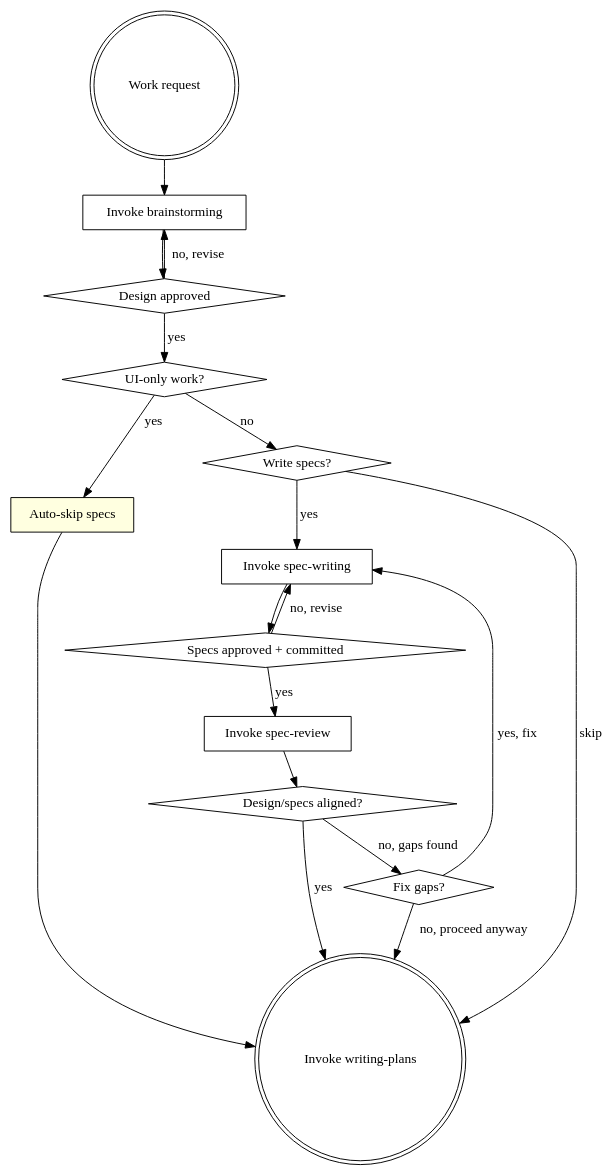
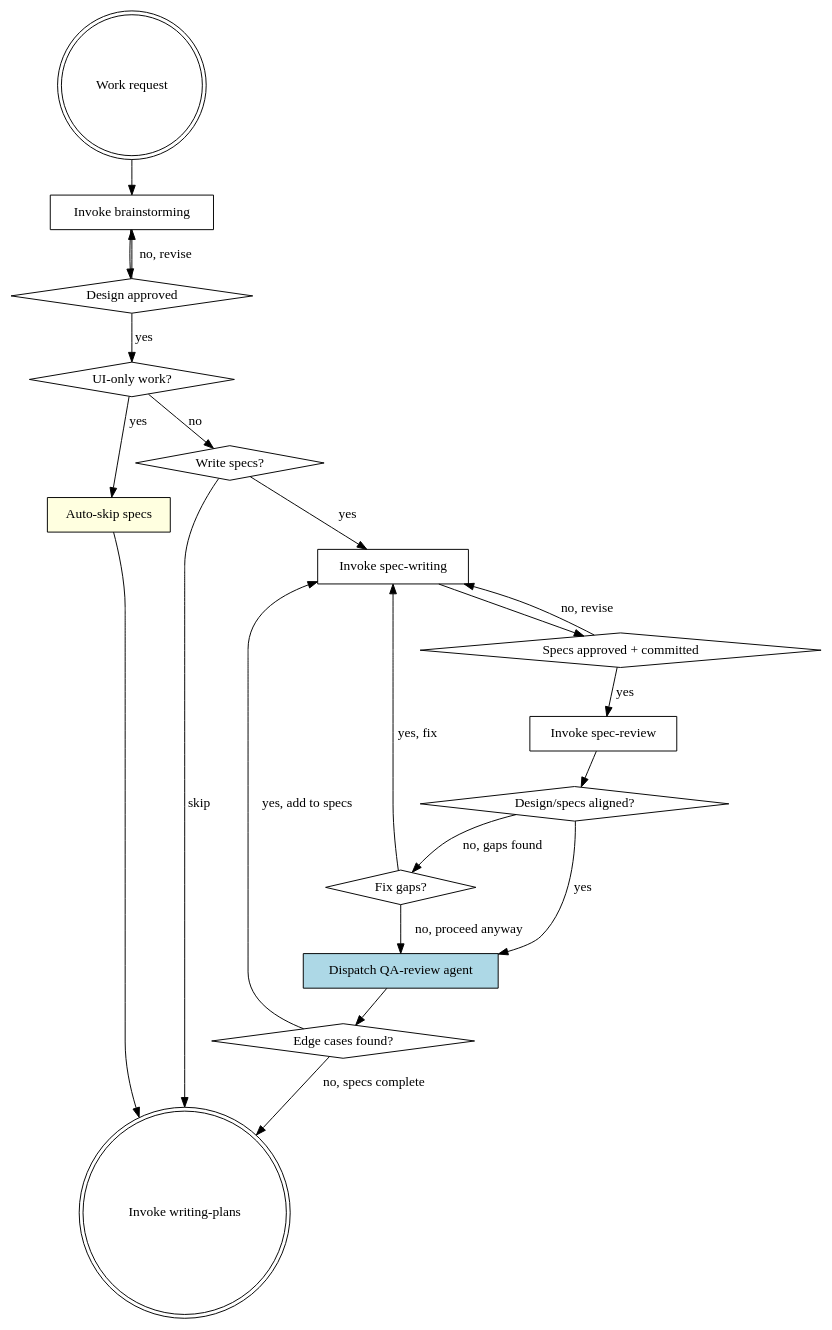
The diagram in skills/design-pipeline/SKILL.md (pandaworks-software-plt/pandahrms-skills), drawn with Graphviz before and after one commit. The commit also changed other lines of this file and 1 other file, not shown here.

First line of the commit message:
feat(design-pipeline): add QA-review sub-agent after spec-review

````diff
--- a/skills/design-pipeline/SKILL.md
+++ b/skills/design-pipeline/SKILL.md
@@ -24,34 +24,39 @@
 ```dot
 digraph pipeline {
     "Work request" [shape=doublecircle];
     "Invoke brainstorming" [shape=box];
     "Design approved" [shape=diamond];
     "UI-only work?" [shape=diamond];
     "Auto-skip specs" [shape=box, style=filled, fillcolor=lightyellow];
     "Write specs?" [shape=diamond];
     "Invoke spec-writing" [shape=box];
     "Specs approved + committed" [shape=diamond];
     "Invoke spec-review" [shape=box];
     "Design/specs aligned?" [shape=diamond];
+    "Dispatch QA-review agent" [shape=box, style=filled, fillcolor=lightblue];
+    "Edge cases found?" [shape=diamond];
     "Invoke writing-plans" [shape=doublecircle];
 
     "Work request" -> "Invoke brainstorming";
     "Invoke brainstorming" -> "Design approved";
     "Design approved" -> "Invoke brainstorming" [label="no, revise"];
     "Design approved" -> "UI-only work?" [label="yes"];
     "UI-only work?" -> "Auto-skip specs" [label="yes"];
     "Auto-skip specs" -> "Invoke writing-plans";
     "UI-only work?" -> "Write specs?" [label="no"];
     "Write specs?" -> "Invoke spec-writing" [label="yes"];
     "Write specs?" -> "Invoke writing-plans" [label="skip"];
     "Invoke spec-writing" -> "Specs approved + committed";
     "Specs approved + committed" -> "Invoke spec-writing" [label="no, revise"];
     "Specs approved + committed" -> "Invoke spec-review" [label="yes"];
     "Invoke spec-review" -> "Design/specs aligned?";
     "Design/specs aligned?" -> "Fix gaps?" [label="no, gaps found"];
     "Fix gaps?" [shape=diamond];
     "Fix gaps?" -> "Invoke spec-writing" [label="yes, fix"];
-    "Fix gaps?" -> "Invoke writing-plans" [label="no, proceed anyway"];
-    "Design/specs aligned?" -> "Invoke writing-plans" [label="yes"];
+    "Fix gaps?" -> "Dispatch QA-review agent" [label="no, proceed anyway"];
+    "Design/specs aligned?" -> "Dispatch QA-review agent" [label="yes"];
+    "Dispatch QA-review agent" -> "Edge cases found?";
+    "Edge cases found?" -> "Invoke spec-writing" [label="yes, add to specs"];
+    "Edge cases found?" -> "Invoke writing-plans" [label="no, specs complete"];
 }
 ```
````
